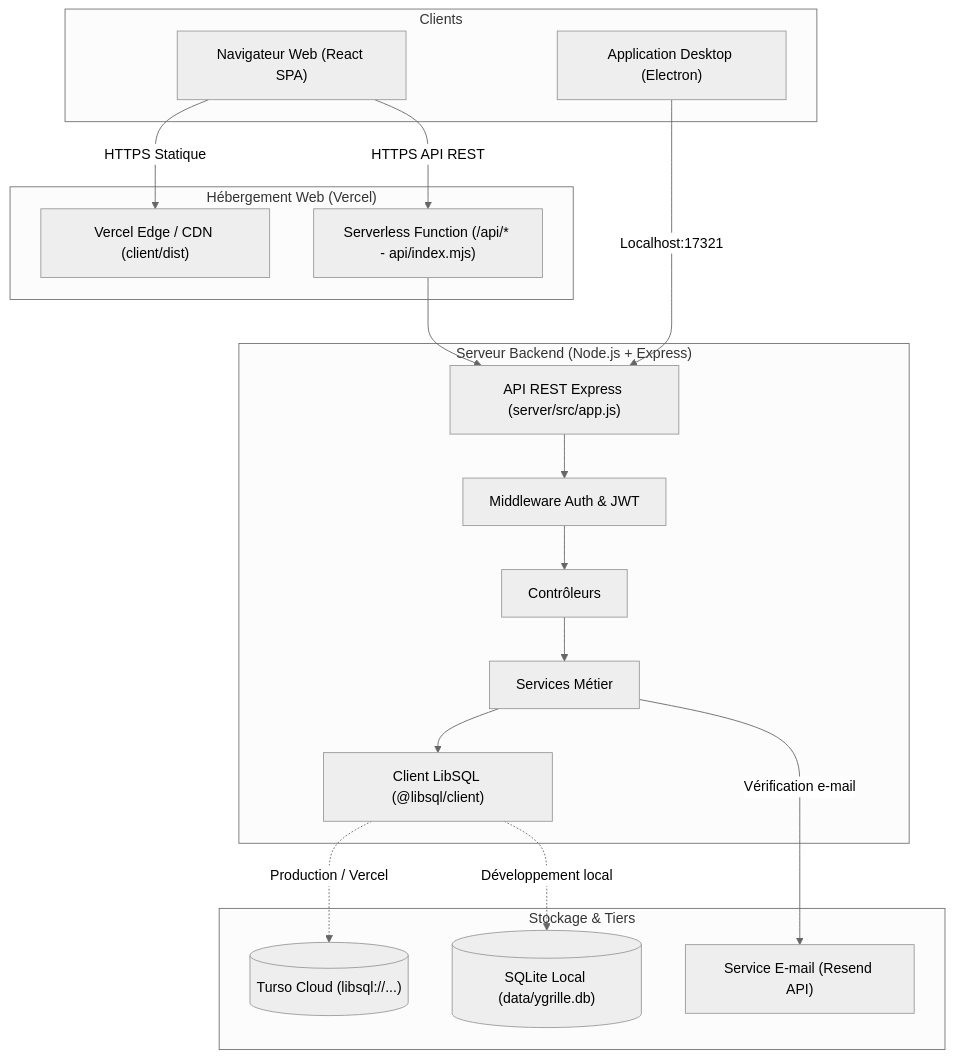
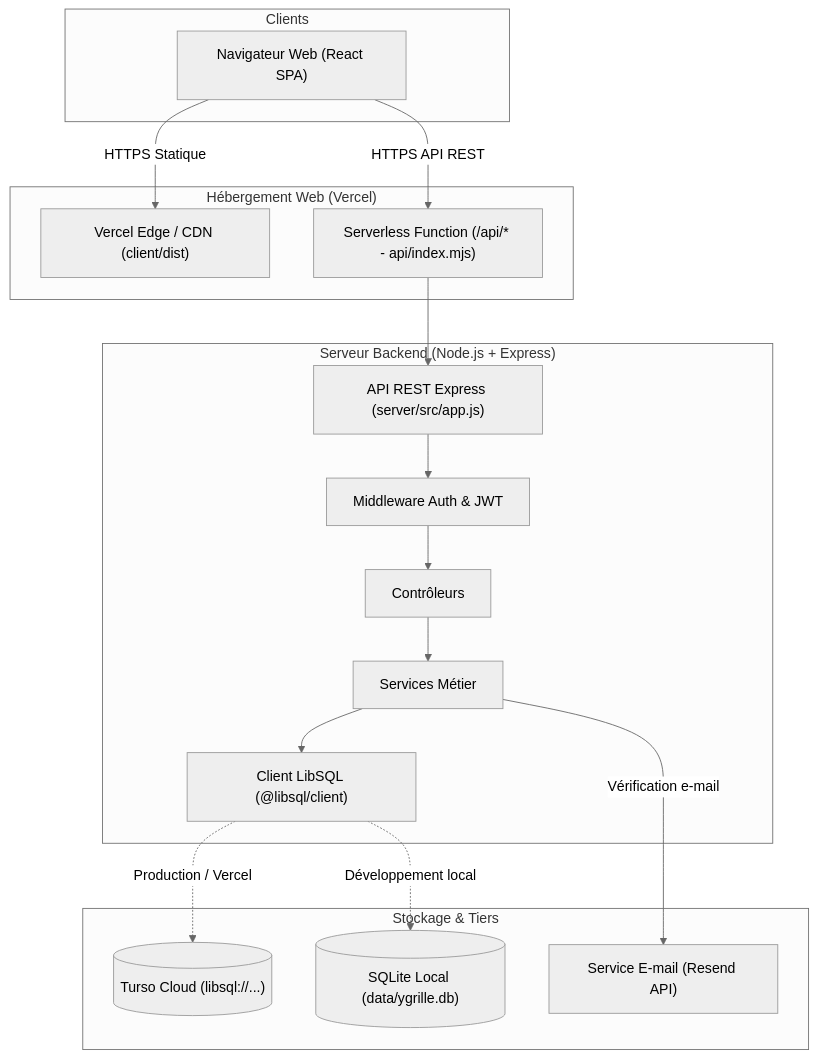
Before and after one commit to Ynov624/YGrille: the diagram in docs/architecture.md, drawn with Mermaid (neutral theme). The commit also changed other lines of this file and 14 other files, not shown here.

````diff
--- a/docs/architecture.md
+++ b/docs/architecture.md
@@ -19,41 +17,38 @@
 ```mermaid
 graph TD
     subgraph Clients
         WebBrowser["Navigateur Web (React SPA)"]
-        ElectronApp["Application Desktop (Electron)"]
     end
 
     subgraph "Hébergement Web (Vercel)"
         VercelCDN["Vercel Edge / CDN (client/dist)"]
         VercelFunction["Serverless Function (/api/* - api/index.mjs)"]
     end
 
     subgraph "Serveur Backend (Node.js + Express)"
         ExpressApp["API REST Express (server/src/app.js)"]
         AuthMiddleware["Middleware Auth & JWT"]
         Controllers["Contrôleurs"]
         Services["Services Métier"]
         DBClient["Client LibSQL (@libsql/client)"]
     end
 
     subgraph "Stockage & Tiers"
         TursoCloud[("Turso Cloud (libsql://...)")]
         LocalSQLite[("SQLite Local (data/ygrille.db)")]
         ResendAPI["Service E-mail (Resend API)"]
     end
 
     WebBrowser -->|HTTPS Statique| VercelCDN
     WebBrowser -->|HTTPS API REST| VercelFunction
     VercelFunction --> ExpressApp
 
-    ElectronApp -->|Localhost:17321| ExpressApp
-
     ExpressApp --> AuthMiddleware
     AuthMiddleware --> Controllers
     Controllers --> Services
     Services --> DBClient
     Services -->|Vérification e-mail| ResendAPI
 
     DBClient -.->|Production / Vercel| TursoCloud
     DBClient -.->|Développement local| LocalSQLite
 ```
````
